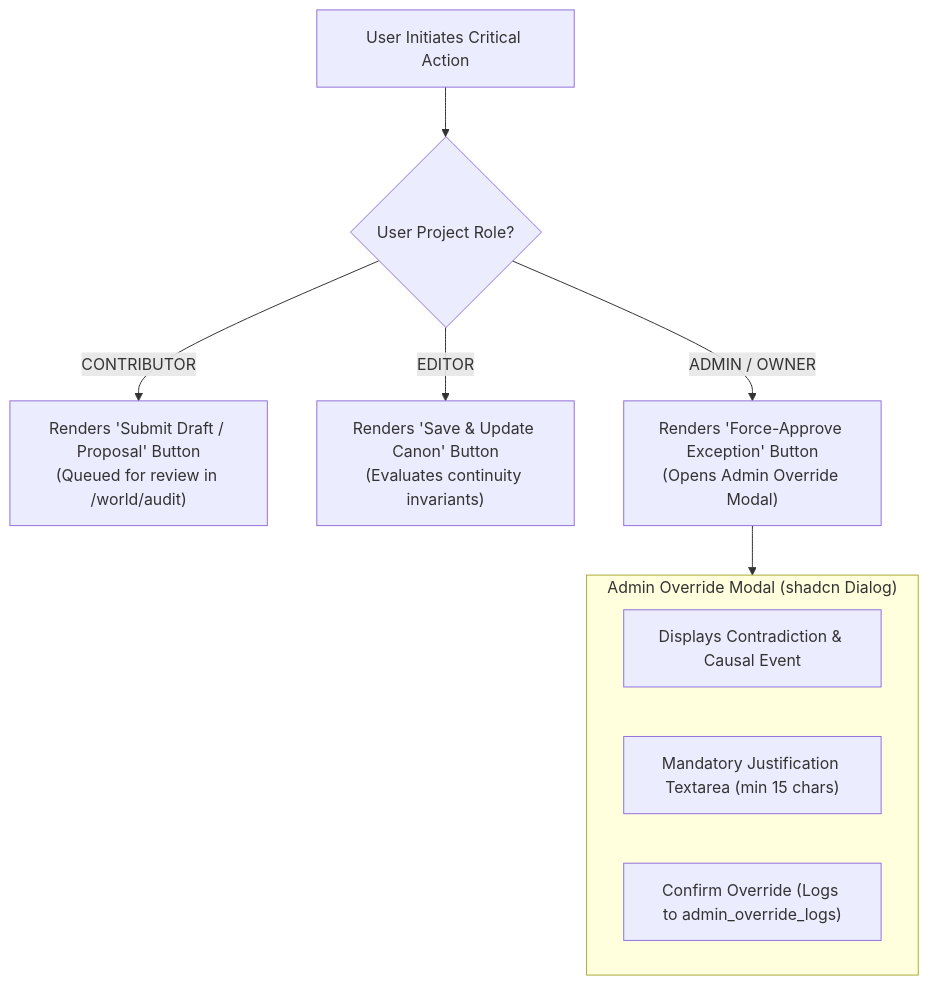
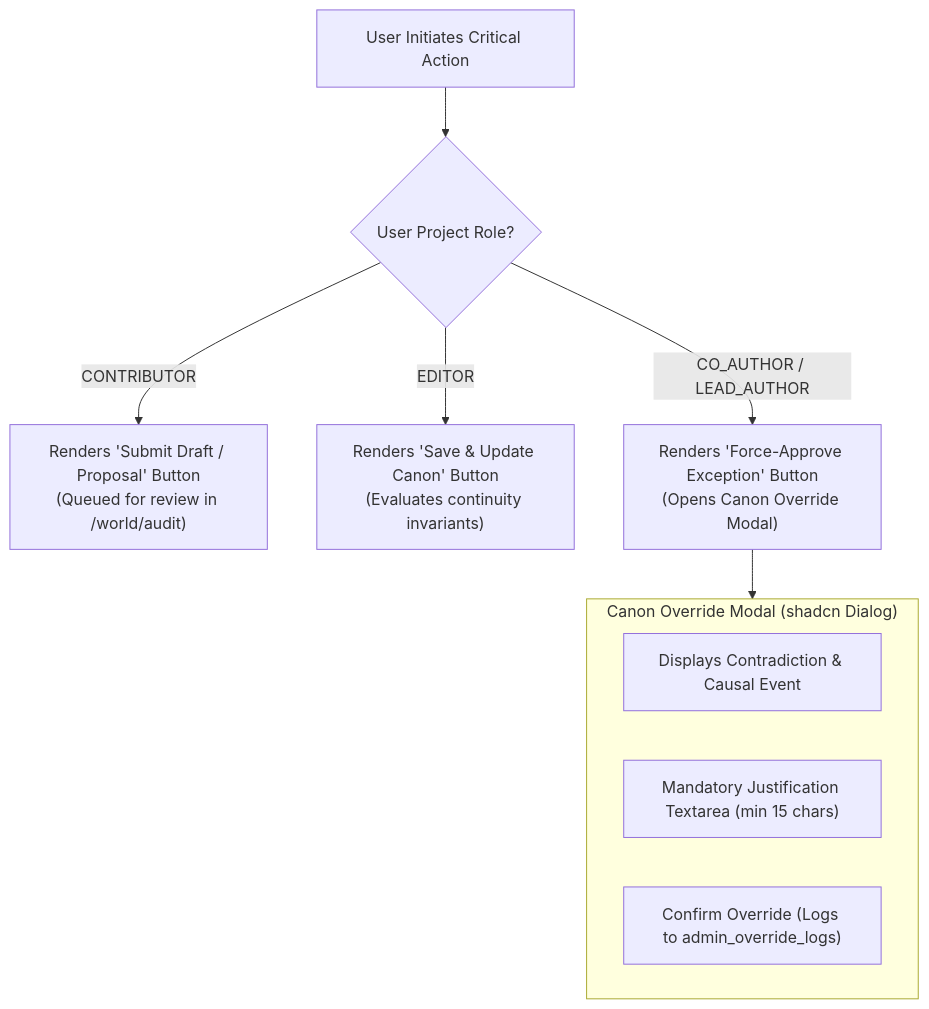
One commit to Yogesh-Kumar-Mallik-dev/NovWrite changed the third of 3 diagrams in docs/FRONTEND_ARCHITECTURE.md. Above: the diagram before and after it, drawn with Mermaid. The commit also changed other lines of this file and 7 other files, not shown here.

````diff
--- a/docs/FRONTEND_ARCHITECTURE.md
+++ b/docs/FRONTEND_ARCHITECTURE.md
@@ -302,18 +302,18 @@
 ```mermaid
 flowchart TD
     UserAction["User Initiates Critical Action"]
     RoleCheck{"User Project Role?"}
 
     UserAction --> RoleCheck
 
     RoleCheck -->|CONTRIBUTOR| ContribPath["Renders 'Submit Draft / Proposal' Button<br/>(Queued for review in /world/audit)"]
     RoleCheck -->|EDITOR| EditorPath["Renders 'Save & Update Canon' Button<br/>(Evaluates continuity invariants)"]
-    RoleCheck -->|ADMIN / OWNER| AdminPath["Renders 'Force-Approve Exception' Button<br/>(Opens Admin Override Modal)"]
+    RoleCheck -->|CO_AUTHOR / LEAD_AUTHOR| AuthorPath["Renders 'Force-Approve Exception' Button<br/>(Opens Canon Override Modal)"]
 
-    subgraph Modal ["Admin Override Modal (shadcn Dialog)"]
+    subgraph Modal ["Canon Override Modal (shadcn Dialog)"]
         M1["Displays Contradiction & Causal Event"]
         M2["Mandatory Justification Textarea (min 15 chars)"]
         M3["Confirm Override (Logs to admin_override_logs)"]
     end
-    AdminPath --> Modal
+    AuthorPath --> Modal
 ```
````
